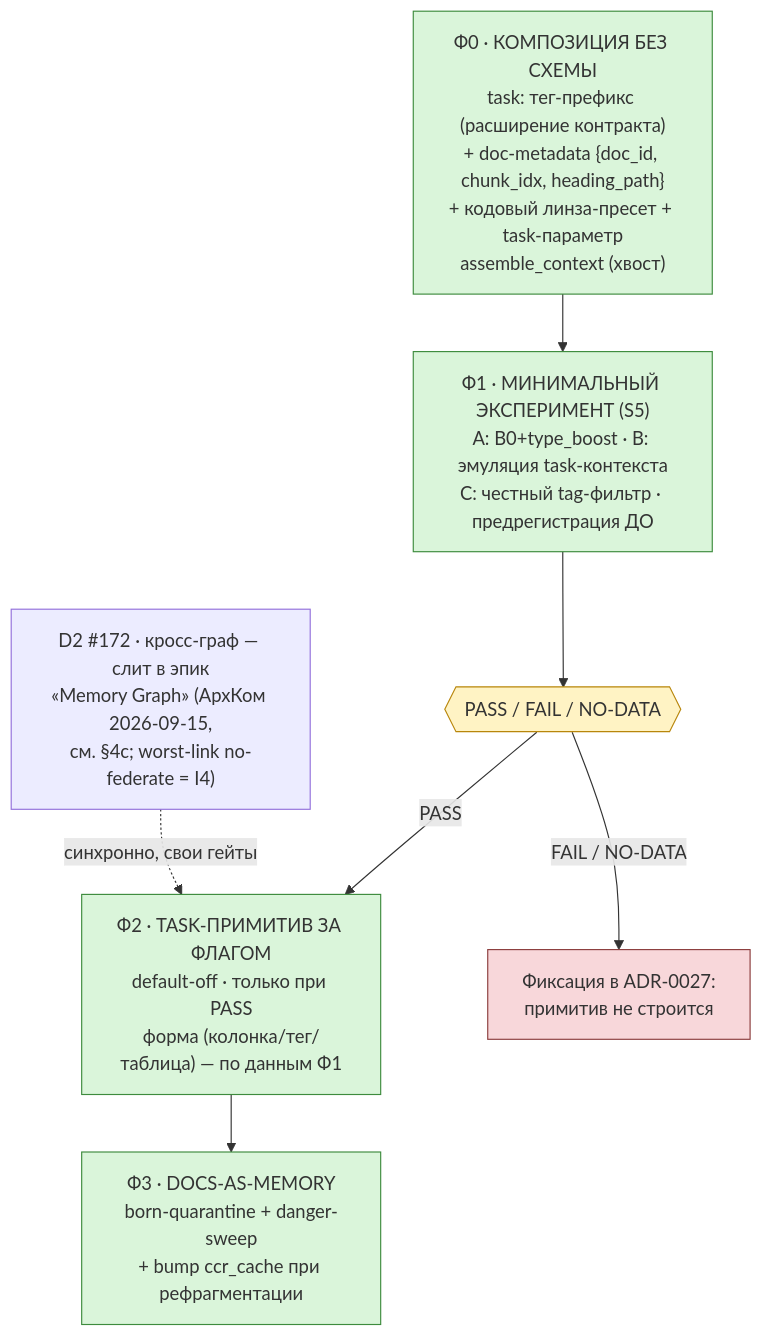
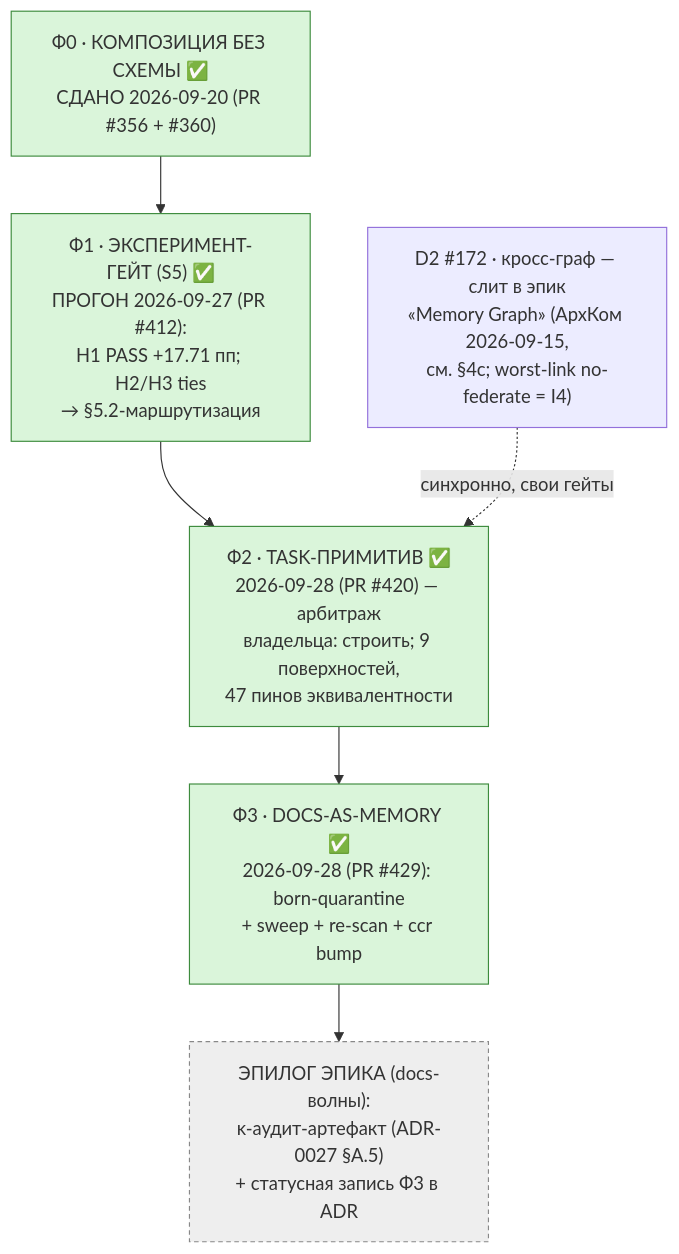
The third of 5 diagrams in docs/project/dev-plan.md (vesmaro/vesma), drawn with Mermaid before and after one commit. The commit also changed other lines of this file, not shown here.

````diff
--- a/docs/project/dev-plan.md
+++ b/docs/project/dev-plan.md
@@ -466,20 +464,15 @@
 ```mermaid
 flowchart TD
-    F0["Ф0 · КОМПОЗИЦИЯ БЕЗ СХЕМЫ<br/>task: тег-префикс (расширение контракта)<br/>+ doc-metadata {doc_id, chunk_idx, heading_path}<br/>+ кодовый линза-пресет + task-параметр<br/>assemble_context (хвост)"]
-    F1["Ф1 · МИНИМАЛЬНЫЙ ЭКСПЕРИМЕНТ (S5)<br/>A: B0+type_boost · B: эмуляция task-контекста<br/>C: честный tag-фильтр · предрегистрация ДО"]
-    F2["Ф2 · TASK-ПРИМИТИВ ЗА ФЛАГОМ<br/>default-off · только при PASS<br/>форма (колонка/тег/таблица) — по данным Ф1"]
-    F3["Ф3 · DOCS-AS-MEMORY<br/>born-quarantine + danger-sweep<br/>+ bump ccr_cache при рефрагментации"]
+    F0["Ф0 · КОМПОЗИЦИЯ БЕЗ СХЕМЫ ✅<br/>СДАНО 2026-09-20 (PR #356 + #360)"]
+    F1["Ф1 · ЭКСПЕРИМЕНТ-ГЕЙТ (S5) ✅<br/>ПРОГОН 2026-09-27 (PR #412):<br/>H1 PASS +17.71 пп; H2/H3 ties<br/>→ §5.2-маршрутизация"]
+    F2["Ф2 · TASK-ПРИМИТИВ ✅<br/>2026-09-28 (PR #420) — арбитраж<br/>владельца: строить; 9 поверхностей,<br/>47 пинов эквивалентности"]
+    F3["Ф3 · DOCS-AS-MEMORY ✅<br/>2026-09-28 (PR #429): born-quarantine<br/>+ sweep + re-scan + ccr bump"]
     D2["D2 #172 · кросс-граф — слит в эпик<br/>«Memory Graph» (АрхКом 2026-09-15,<br/>см. §4c; worst-link no-federate = I4)"]
-    GATE{{"PASS / FAIL / NO-DATA"}}
-    XF["Фиксация в ADR-0027:<br/>примитив не строится"]
-    F0 --> F1 --> GATE
-    GATE -- PASS --> F2 --> F3
-    GATE -- "FAIL / NO-DATA" --> XF
+    EPIL["ЭПИЛОГ ЭПИКА (docs-волны):<br/>κ-аудит-артефакт (ADR-0027 §A.5)<br/>+ статусная запись Ф3 в ADR"]
+    F0 --> F1 --> F2 --> F3 --> EPIL
     D2 -. синхронно, свои гейты .-> F2
-    classDef phase fill:#daf5da,stroke:#3d8b3d
-    classDef gate fill:#fff3c4,stroke:#b8860b
-    classDef stop fill:#f8d7da,stroke:#8b3d3d
-    class F0,F1,F2,F3 phase
-    class GATE gate
-    class XF stop
+    classDef done fill:#daf5da,stroke:#3d8b3d
+    classDef side fill:#eeeeee,stroke:#888888,stroke-dasharray: 4 3
+    class F0,F1,F2,F3 done
+    class EPIL side
 ```
````
